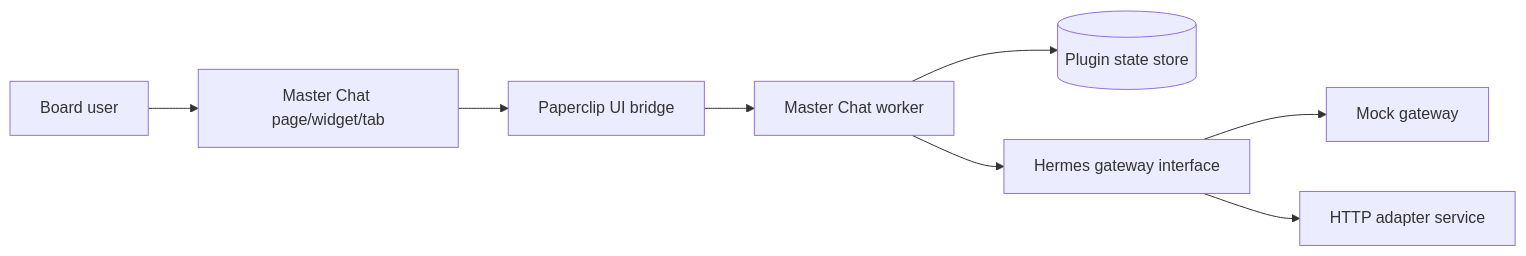
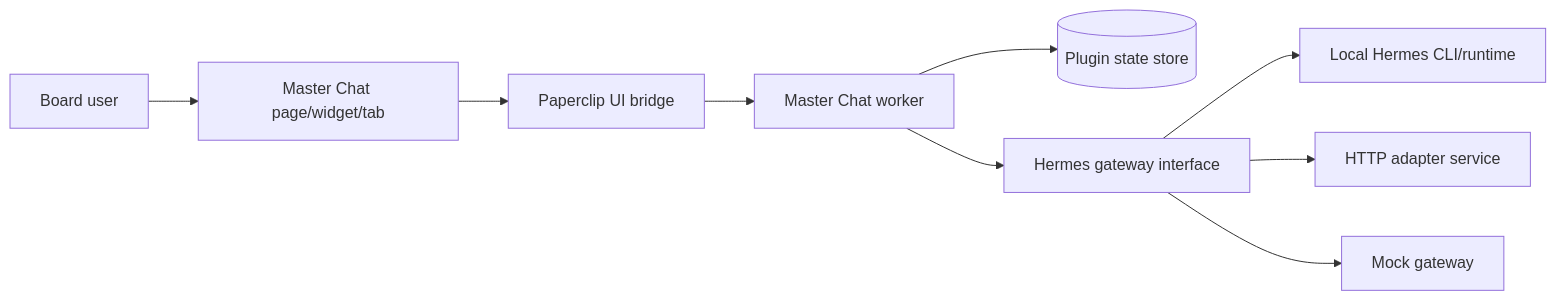
One commit to Ola-Turmo/paperclip-master-chat-plugin changed the diagram in docs/architecture.md. Above: the diagram before and after it, drawn with Mermaid. The commit also changed other lines of this file and 14 other files, not shown here.

````diff
--- a/docs/architecture.md
+++ b/docs/architecture.md
@@ -19,10 +19,11 @@
 ```mermaid
 flowchart LR
   U[Board user] --> P[Master Chat page/widget/tab]
   P --> B[Paperclip UI bridge]
   B --> W[Master Chat worker]
   W --> S[(Plugin state store)]
   W --> G[Hermes gateway interface]
+  G --> C[Local Hermes CLI/runtime]
+  G --> H[HTTP adapter service]
   G --> M[Mock gateway]
-  G --> H[HTTP adapter service]
 ```
````
